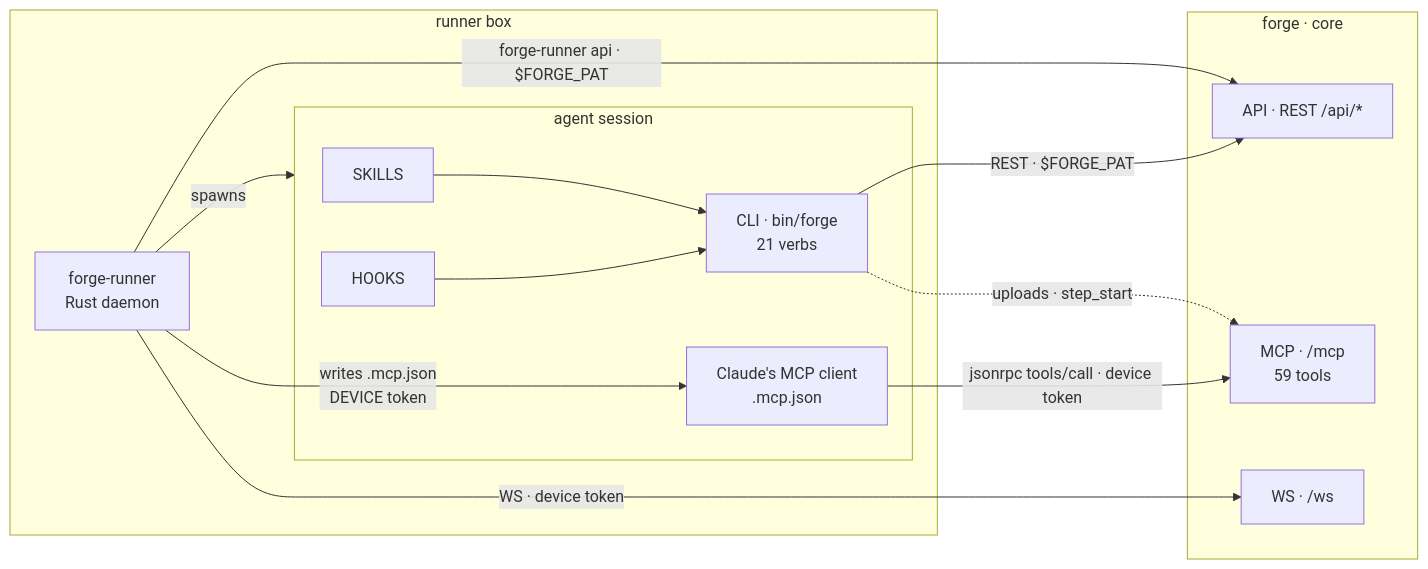
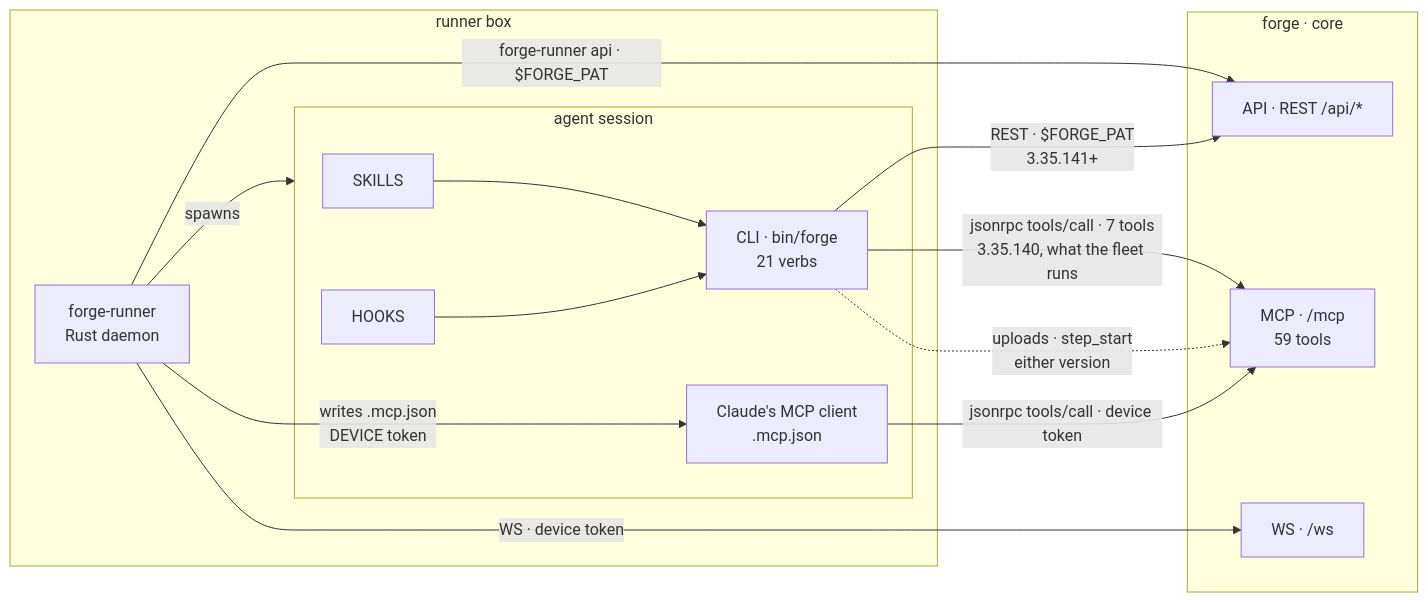
One commit to SidCorp-co/forge changed the first of 2 diagrams in docs/architecture/agent-surface.md. Above: the diagram before and after it, drawn with Mermaid. The commit also changed other lines of this file and 7 other files, not shown here.

````diff
--- a/docs/architecture/agent-surface.md
+++ b/docs/architecture/agent-surface.md
@@ -9,25 +9,26 @@
 ```mermaid
 flowchart LR
   subgraph BOX["runner box"]
     D["forge-runner<br/>Rust daemon"]
     subgraph S["agent session"]
       SK["SKILLS"] --> CLI["CLI · bin/forge<br/>21 verbs"]
       HK["HOOKS"] --> CLI
       MC["Claude's MCP client<br/>.mcp.json"]
     end
     D -->|spawns| S
     D -->|"writes .mcp.json<br/>DEVICE token"| MC
   end
 
   subgraph CORE["forge · core"]
     API["API · REST /api/*"]
     MCP["MCP · /mcp<br/>59 tools"]
     WS["WS · /ws"]
   end
 
   D -->|"WS · device token"| WS
   D -->|"forge-runner api · $FORGE_PAT"| API
-  CLI -->|"REST · $FORGE_PAT"| API
-  CLI -.->|"uploads · step_start"| MCP
+  CLI -->|"REST · $FORGE_PAT<br/>3.35.141+"| API
+  CLI -->|"jsonrpc tools/call · 7 tools<br/>3.35.140, what the fleet runs"| MCP
+  CLI -.->|"uploads · step_start<br/>either version"| MCP
   MC -->|"jsonrpc tools/call · device token"| MCP
 ```
````
